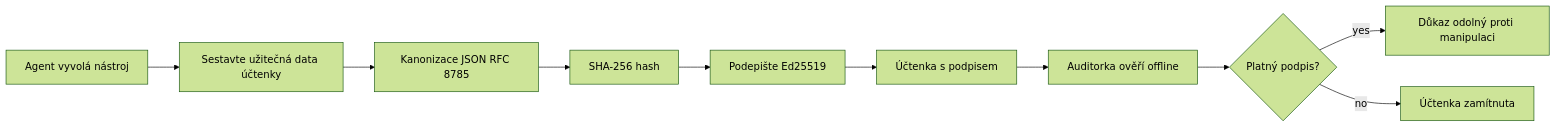
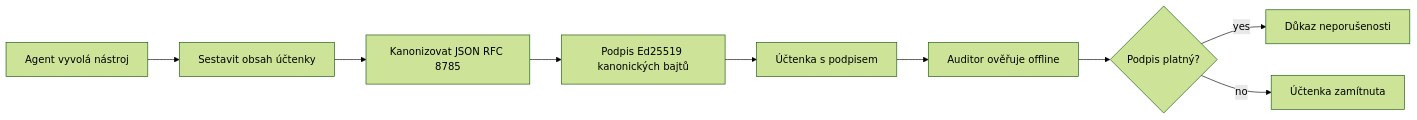
The first of 2 diagrams in translations/cs/18-securing-ai-agents/README.md (microsoft/ai-agents-for-beginners), drawn with Mermaid (forest theme) before and after one commit. The commit also changed other lines of this file and 47 other files, not shown here.

````diff
--- a/translations/cs/18-securing-ai-agents/README.md
+++ b/translations/cs/18-securing-ai-agents/README.md
@@ -51,12 +51,11 @@
 ```mermaid
 flowchart LR
-    A[Agent vyvolá nástroj] --> B[Sestavte užitečná data účtenky]
-    B --> C[Kanonizace JSON RFC 8785]
-    C --> D[SHA-256 hash]
-    D --> E[Podepište Ed25519]
+    A[Agent vyvolá nástroj] --> B[Sestavit obsah účtenky]
+    B --> C[Kanonizovat JSON RFC 8785]
+    C --> E[Podpis Ed25519 kanonických bajtů]
     E --> F[Účtenka s podpisem]
-    F --> G[Auditorka ověří offline]
-    G --> H{Platný podpis?}
-    H -- yes --> I[Důkaz odolný proti manipulaci]
+    F --> G[Auditor ověřuje offline]
+    G --> H{Podpis platný?}
+    H -- yes --> I[Důkaz neporušenosti]
     H -- no --> J[Účtenka zamítnuta]
 ```
````
